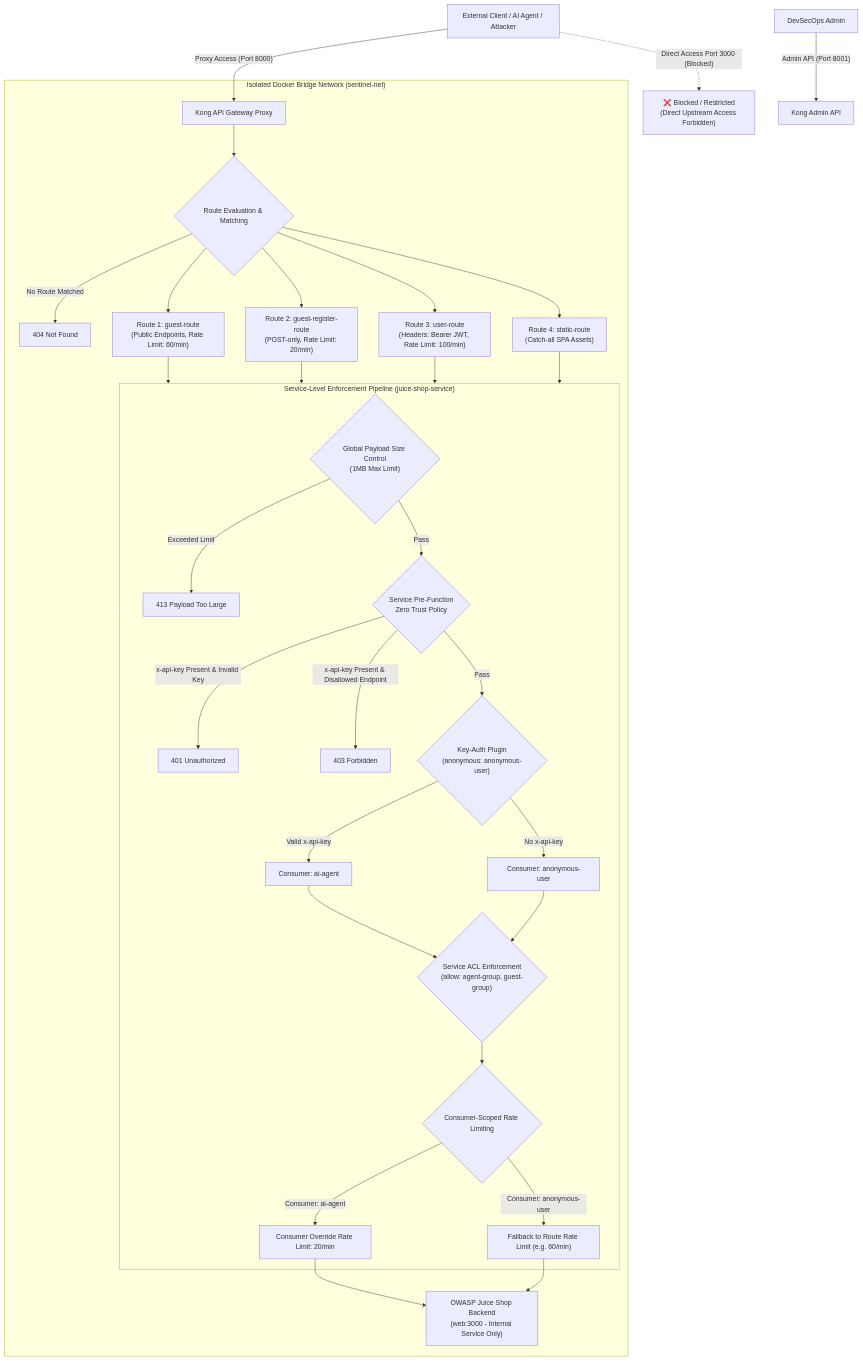
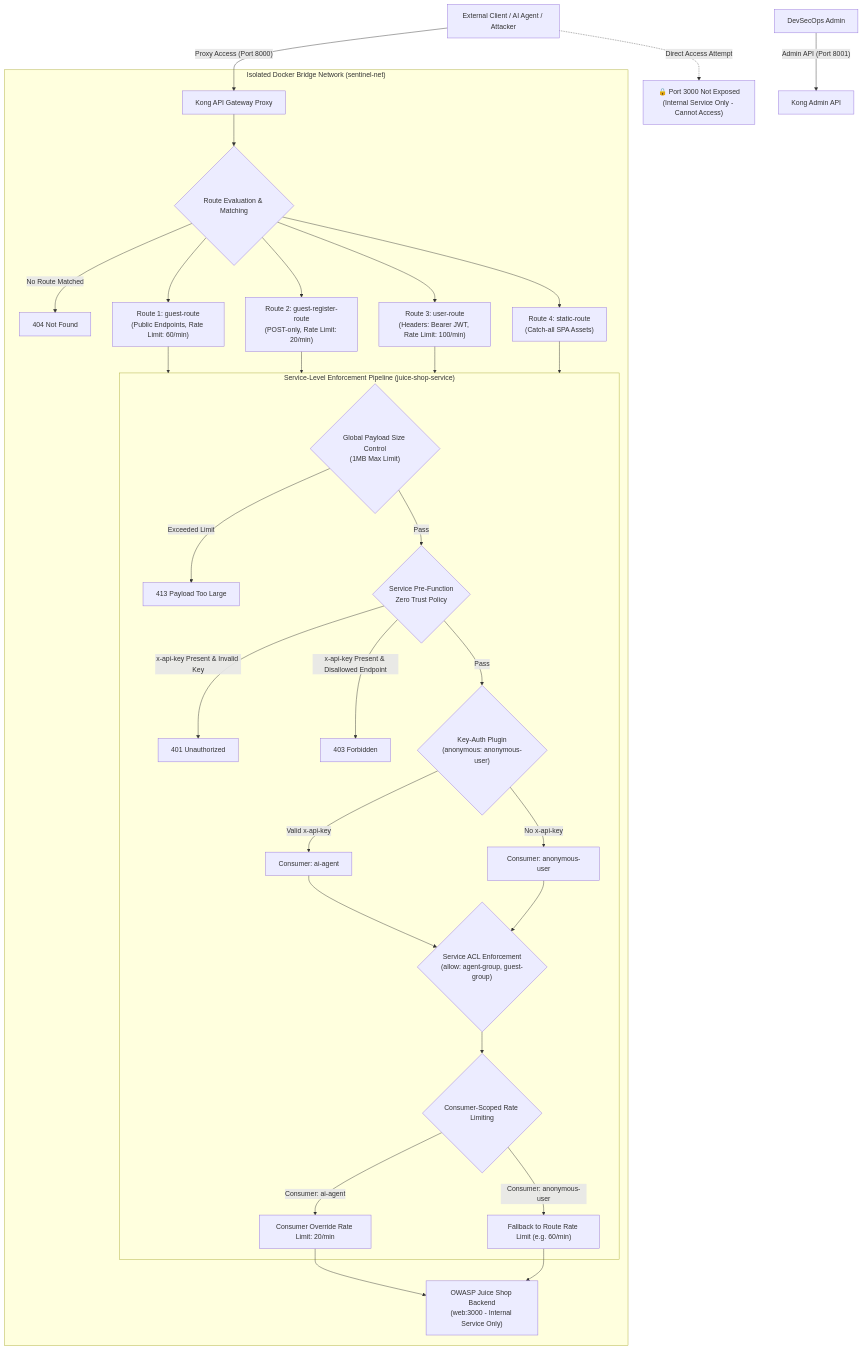
Before and after one commit to HuanNT03/SOC_Gateway_for_Juice-shop: the first of 2 diagrams in docs/reports/week4-report.md, drawn with Mermaid. The commit also changed other lines of this file, not shown here.

````diff
--- a/docs/reports/week4-report.md
+++ b/docs/reports/week4-report.md
@@ -5,51 +5,51 @@
 ```mermaid
 flowchart TD
     ClientExt["External Client / AI Agent / Attacker"]
     AdminExt["DevSecOps Admin"]
 
     AdminExt -->|"Admin API (Port 8001)"| KongAdmin["Kong Admin API"]
     
     ClientExt -->|"Proxy Access (Port 8000)"| KongProxy["Kong API Gateway Proxy"]
-    ClientExt -.->|"Direct Access Port 3000 (Blocked)"| DirectBlock["❌ Blocked / Restricted<br>(Direct Upstream Access Forbidden)"]
+    ClientExt -.->|"Direct Access Attempt"| Unexposed["🔒 Port 3000 Not Exposed<br>(Internal Service Only - Cannot Access)"]
 
     subgraph SentinelNet["Isolated Docker Bridge Network (sentinel-net)"]
         KongProxy --> Router{"Route Evaluation & Matching"}
 
         Router -->|"No Route Matched"| Resp404["404 Not Found"]
         
         Router --> RouteGuest["Route 1: guest-route<br>(Public Endpoints, Rate Limit: 60/min)"]
         Router --> RouteRegister["Route 2: guest-register-route<br>(POST-only, Rate Limit: 20/min)"]
         Router --> RouteUser["Route 3: user-route<br>(Headers: Bearer JWT, Rate Limit: 100/min)"]
         Router --> RouteStatic["Route 4: static-route<br>(Catch-all SPA Assets)"]
 
         RouteGuest --> ServicePipeline
         RouteRegister --> ServicePipeline
         RouteUser --> ServicePipeline
         RouteStatic --> ServicePipeline
 
         subgraph ServicePipeline["Service-Level Enforcement Pipeline (juice-shop-service)"]
             PayloadControl{"Global Payload Size Control<br>(1MB Max Limit)"}
             PayloadControl -->|"Exceeded Limit"| Resp413["413 Payload Too Large"]
             PayloadControl -->|"Pass"| PreFunction{"Service Pre-Function<br>Zero Trust Policy"}
 
             PreFunction -->|"x-api-key Present & Invalid Key"| Resp401["401 Unauthorized"]
             PreFunction -->|"x-api-key Present & Disallowed Endpoint"| Resp403["403 Forbidden"]
             PreFunction -->|"Pass"| KeyAuth{"Key-Auth Plugin<br>(anonymous: anonymous-user)"}
 
             KeyAuth -->|"Valid x-api-key"| ConsAgent["Consumer: ai-agent"]
             KeyAuth -->|"No x-api-key"| ConsGuest["Consumer: anonymous-user"]
 
             ConsAgent --> ACL{"Service ACL Enforcement<br>(allow: agent-group, guest-group)"}
             ConsGuest --> ACL
 
             ACL --> RateEval{"Consumer-Scoped Rate Limiting"}
             RateEval -->|"Consumer: ai-agent"| LimitAgent["Consumer Override Rate Limit: 20/min"]
             RateEval -->|"Consumer: anonymous-user"| LimitGuest["Fallback to Route Rate Limit (e.g. 60/min)"]
         end
 
         LimitAgent --> JuiceShop
         LimitGuest --> JuiceShop
         
         JuiceShop["OWASP Juice Shop Backend<br>(web:3000 - Internal Service Only)"]
     end
 ```
````
